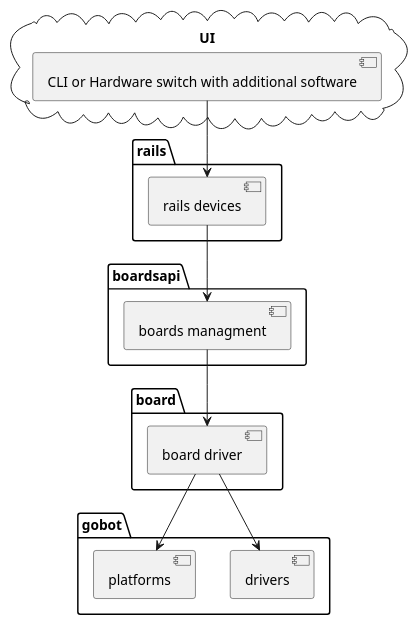
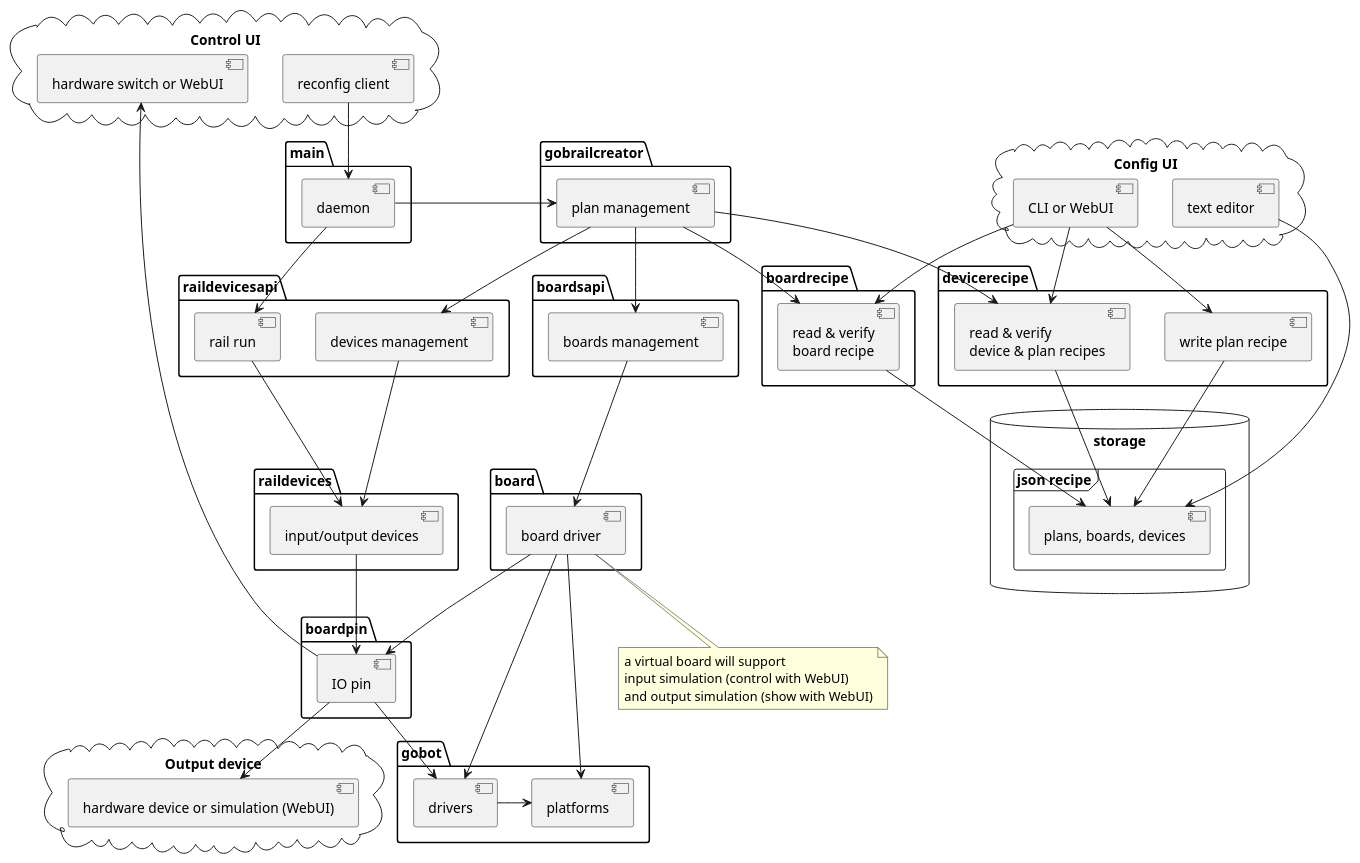
Before and after one commit to gen2thomas/gobrail: the diagram in docs/component_overview.puml, drawn with PlantUML. The commit also changed 10 other files, not shown here.

```diff
--- a/docs/component_overview.puml
+++ b/docs/component_overview.puml
@@ -1,28 +1,93 @@
 @startuml
-cloud "UI" {
-  [CLI or Hardware switch with additional software]
+cloud "Config UI" {
+  [text editor]
+  [CLI or WebUI]
 }
 
-package "rails" {
-  [rails devices]
+database "storage"  {
+  frame "json recipe" {
+    [plans, boards, devices]
+  }
+}
+
+cloud "Control UI" {
+  [hardware switch or WebUI]
+  [reconfig client]
+}
+
+package "main" {
+  [daemon]
+}
+
+package "gobrailcreator" {
+  [plan management]
+}
+
+package "boardrecipe" {
+  [read & verify\nboard recipe]
+}
+
+package "devicerecipe" {
+  [read & verify\ndevice & plan recipes]
+  [write plan recipe]
+}
+
+package "raildevicesapi" {
+  [devices management]
+  [rail run]
+}
+
+package "raildevices" {
+  [input/output devices]
 }
 
 package "boardsapi" {
-  [boards managment]
+  [boards management]
 }
 
 package "board" {
   [board driver]
+}
+
+note bottom of "board driver" : a virtual board will support\ninput simulation (control with WebUI)\nand output simulation (show with WebUI)
+
+package "boardpin" {
+  [IO pin]
 }
 
 package "gobot" {
   [drivers]
   [platforms]
 }
 
-[CLI or Hardware switch with additional software] --> [rails devices]
-[rails devices] --> [boards managment]
-[boards managment] --> [board driver]
+
+cloud "Output device" {
+  [hardware device or simulation (WebUI)]
+}
+
+[text editor] --> [plans, boards, devices]
+[CLI or WebUI] --> [write plan recipe]
+[CLI or WebUI] --> [read & verify\ndevice & plan recipes]
+[CLI or WebUI] --> [read & verify\nboard recipe]
+[write plan recipe] --> [plans, boards, devices]
+[read & verify\nboard recipe] --> [plans, boards, devices]
+[read & verify\ndevice & plan recipes] --> [plans, boards, devices]
+[reconfig client] --> [daemon]
+[daemon] --> [rail run]
+[daemon] --> [plan management]
+[plan management] --> [read & verify\nboard recipe]
+[plan management] --> [read & verify\ndevice & plan recipes]
+[plan management] --> [devices management]
+[plan management] --> [boards management]
+[devices management] --> [input/output devices]
+[boards management] --> [board driver]
+[input/output devices] --> [IO pin]
+[board driver] --> [IO pin]
 [board driver] --> [platforms]
 [board driver] --> [drivers]
+[rail run] --> [input/output devices]
+[IO pin] --> [drivers]
+[drivers] -right-> [platforms]
+[IO pin] --> [hardware device or simulation (WebUI)]
+[IO pin] --> [hardware switch or WebUI]
 @enduml
```
